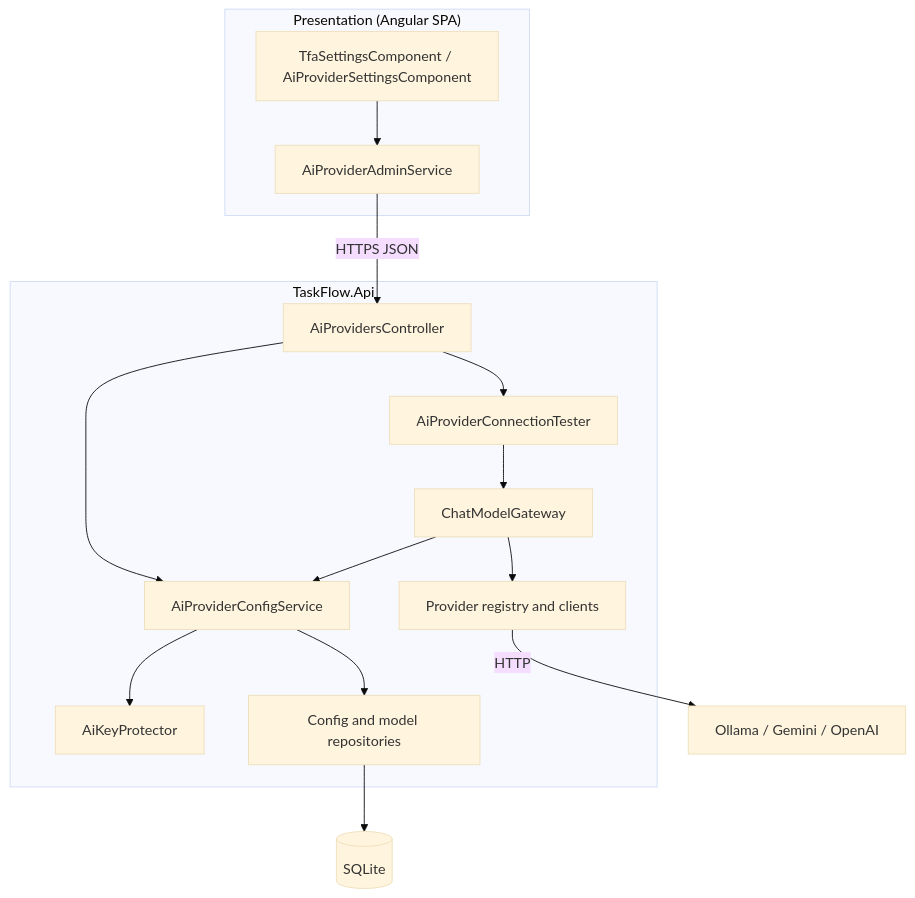
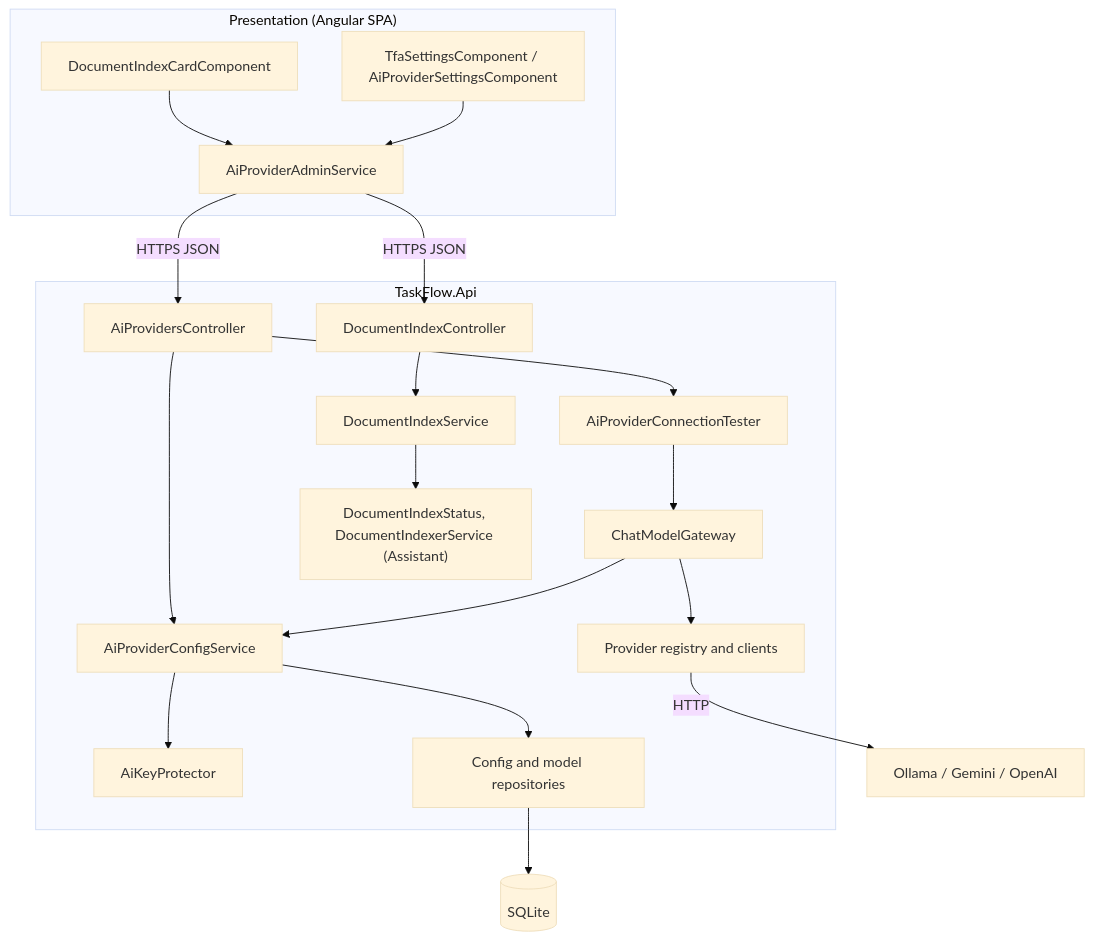
The second of 8 diagrams in TF - Documents/TF - HLD/06-Settings/06.3-TFA-Settings/HLD-TFA-Settings.md (jojogeorge3344/TaskFlow-Project), drawn with Mermaid (base theme) before and after one commit. The commit also changed other lines of this file and 123 other files, not shown here.

````diff
--- a/TF - Documents/TF - HLD/06-Settings/06.3-TFA-Settings/HLD-TFA-Settings.md
+++ b/TF - Documents/TF - HLD/06-Settings/06.3-TFA-Settings/HLD-TFA-Settings.md
@@ -136,23 +148,29 @@
 ```mermaid
 flowchart TB
   subgraph Client["Presentation (Angular SPA)"]
     PAGE["TfaSettingsComponent / AiProviderSettingsComponent"]
+    CARD["DocumentIndexCardComponent"]
     FSVC["AiProviderAdminService"]
   end
   subgraph Server["TaskFlow.Api"]
     CTRL["AiProvidersController"]
     CFG["AiProviderConfigService"]
     TST["AiProviderConnectionTester"]
     KP["AiKeyProtector"]
     REPO["Config and model repositories"]
     GW["ChatModelGateway"]
     REG["Provider registry and clients"]
+    DCTRL["DocumentIndexController"]
+    DSVC["DocumentIndexService"]
+    DIX["DocumentIndexStatus, DocumentIndexerService (Assistant)"]
   end
+  CARD --> FSVC
+  FSVC -->|"HTTPS JSON"| DCTRL --> DSVC --> DIX
   PAGE --> FSVC -->|"HTTPS JSON"| CTRL
   CTRL --> CFG
   CTRL --> TST --> GW --> REG
   GW --> CFG
   CFG --> KP
   CFG --> REPO --> DB[("SQLite")]
   REG -->|"HTTP"| AI["Ollama / Gemini / OpenAI"]
 ```
````
